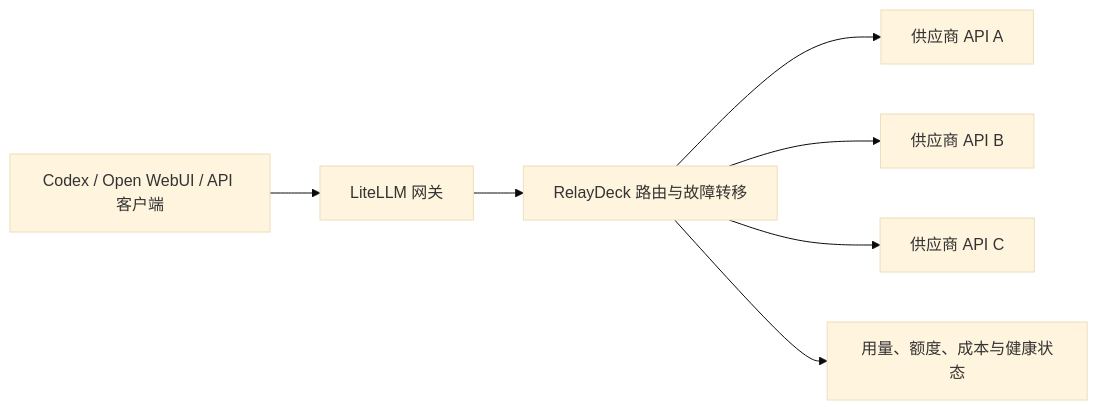
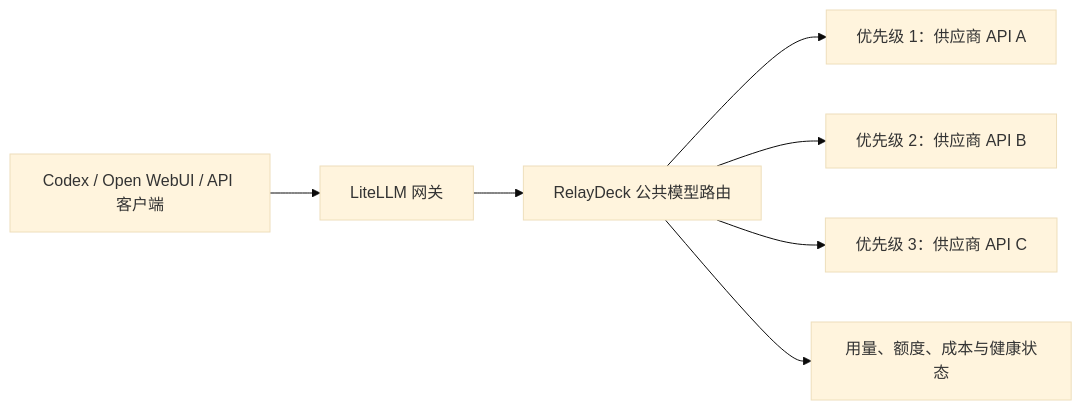
The diagram in README.md (netdragon-beep/llm-cost-aware-multi-provider-router), drawn with Mermaid (base theme) before and after one commit. The commit also changed other lines of this file, not shown here.

````diff
--- a/README.md
+++ b/README.md
@@ -20,9 +41,9 @@
 ```mermaid
 flowchart LR
     C["Codex / Open WebUI / API 客户端"] --> G["LiteLLM 网关"]
-    G --> R["RelayDeck 路由与故障转移"]
-    R --> P1["供应商 API A"]
-    R --> P2["供应商 API B"]
-    R --> P3["供应商 API C"]
+    G --> R["RelayDeck 公共模型路由"]
+    R --> P1["优先级 1：供应商 API A"]
+    R --> P2["优先级 2：供应商 API B"]
+    R --> P3["优先级 3：供应商 API C"]
     R --> D["用量、额度、成本与健康状态"]
 ```
````
